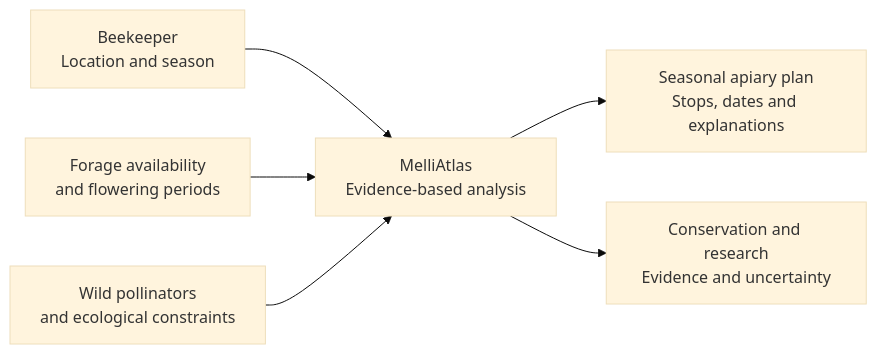
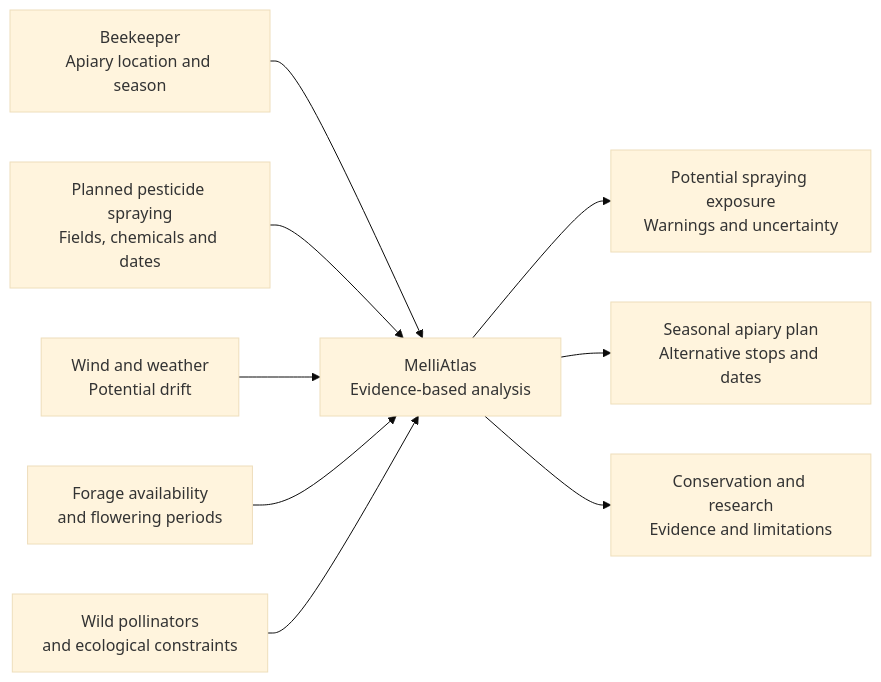
Before and after one commit to PermieGeo/melliatlas: the diagram in README.md, drawn with Mermaid (base theme). The commit also changed other lines of this file, not shown here.

First line of the commit message:
Clarify pesticide spraying in the README concept and investigation flow

````diff
--- a/README.md
+++ b/README.md
@@ -21,8 +21,11 @@
 ```mermaid
 flowchart LR
-    B["Beekeeper<br/>Location and season"] --> M["MelliAtlas<br/>Evidence-based analysis"]
+    B["Beekeeper<br/>Apiary location and season"] --> M["MelliAtlas<br/>Evidence-based analysis"]
+    S["Planned pesticide spraying<br/>Fields, chemicals and dates"] --> M
+    W["Wind and weather<br/>Potential drift"] --> M
     F["Forage availability<br/>and flowering periods"] --> M
     E["Wild pollinators<br/>and ecological constraints"] --> M
-    M --> P["Seasonal apiary plan<br/>Stops, dates and explanations"]
-    M --> R["Conservation and research<br/>Evidence and uncertainty"]
+    M --> H["Potential spraying exposure<br/>Warnings and uncertainty"]
+    M --> P["Seasonal apiary plan<br/>Alternative stops and dates"]
+    M --> R["Conservation and research<br/>Evidence and limitations"]
 ```
````
